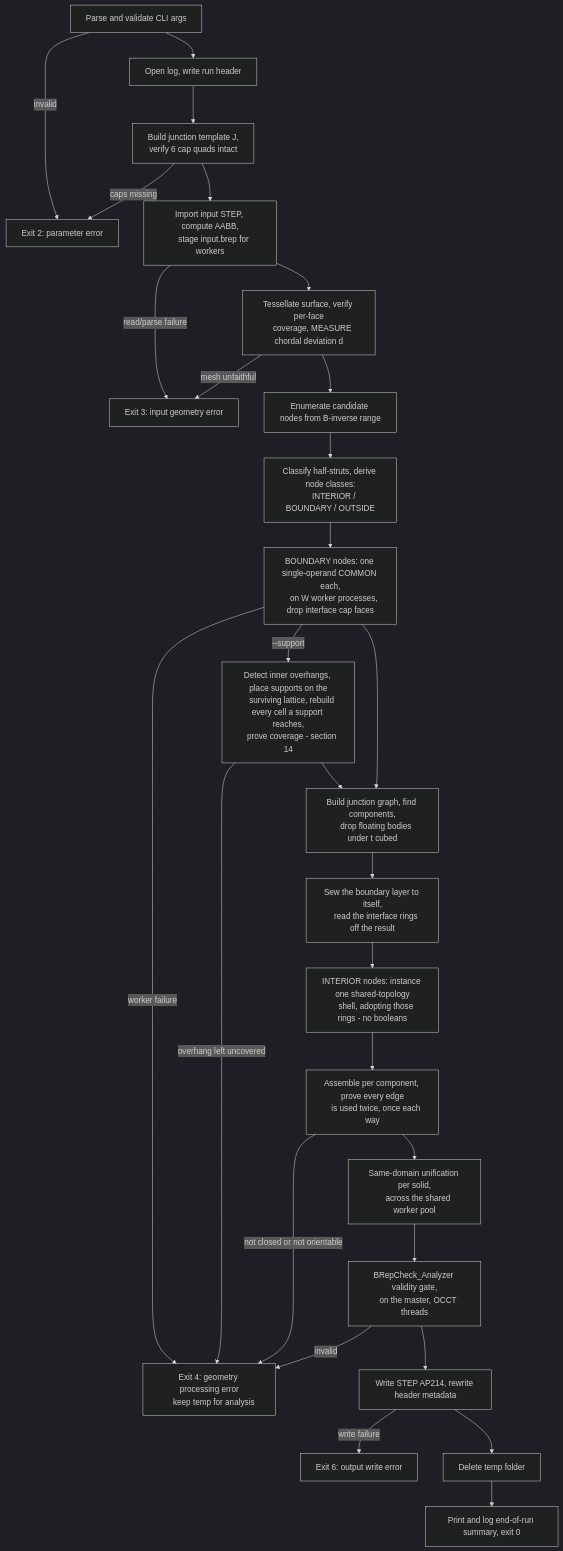
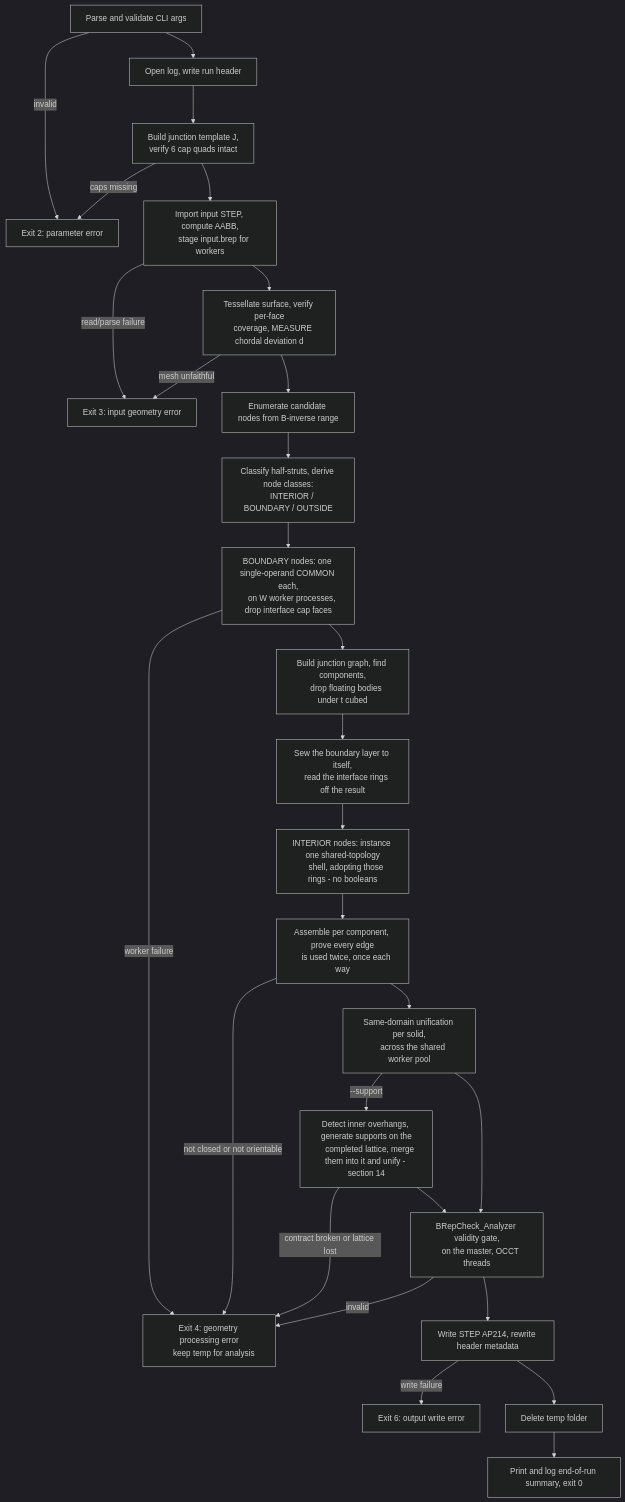
Before and after one commit to arnego/latticegen2: the first of 2 diagrams in docs/algorithm.md, drawn with Mermaid (dark theme). The commit also changed other lines of this file and 21 other files, not shown here.

````diff
--- a/docs/algorithm.md
+++ b/docs/algorithm.md
@@ -203,44 +203,43 @@
 ```mermaid
 flowchart TD
     A[Parse and validate CLI args] -->|invalid| E1[Exit 2: parameter error]
     A --> B[Open log, write run header]
     B --> C[Build junction template J,
     verify 6 cap quads intact]
     C -->|caps missing| E1
     C --> D[Import input STEP, compute AABB,
     stage input.brep for workers]
     D -->|read/parse failure| E2[Exit 3: input geometry error]
     D --> F[Tessellate surface, verify per-face
     coverage, MEASURE chordal deviation d]
     F -->|mesh unfaithful| E2
     F --> G[Enumerate candidate nodes from B-inverse range]
     G --> H[Classify half-struts, derive node classes:
     INTERIOR / BOUNDARY / OUTSIDE]
     H --> I[BOUNDARY nodes: one single-operand COMMON each,
     on W worker processes, drop interface cap faces]
     I -->|worker failure| E3[Exit 4: geometry processing error
     keep temp for analysis]
-    I -->|--support| SU[Detect inner overhangs, place supports on the
-    surviving lattice, rebuild every cell a support reaches,
-    prove coverage - section 14]
-    SU -->|overhang left uncovered| E3
-    SU --> J
     I --> J[Build junction graph, find components,
     drop floating bodies under t cubed]
     J --> K[Sew the boundary layer to itself,
     read the interface rings off the result]
     K --> L[INTERIOR nodes: instance one shared-topology
     shell, adopting those rings - no booleans]
     L --> M0[Assemble per component, prove every edge
     is used twice, once each way]
     M0 -->|not closed or not orientable| E3
     M0 --> S[Same-domain unification per solid,
     across the shared worker pool]
+    S -->|--support| SU[Detect inner overhangs, generate supports on the
+    completed lattice, merge them into it and unify - section 14]
+    SU -->|contract broken or lattice lost| E3
+    SU --> M
     S --> M[BRepCheck_Analyzer validity gate,
     on the master, OCCT threads]
     M -->|invalid| E3
     M --> N[Write STEP AP214, rewrite header metadata]
     N -->|write failure| E4[Exit 6: output write error]
     N --> P[Delete temp folder]
     P --> Q[Print and log end-of-run summary, exit 0]
 ```
````
